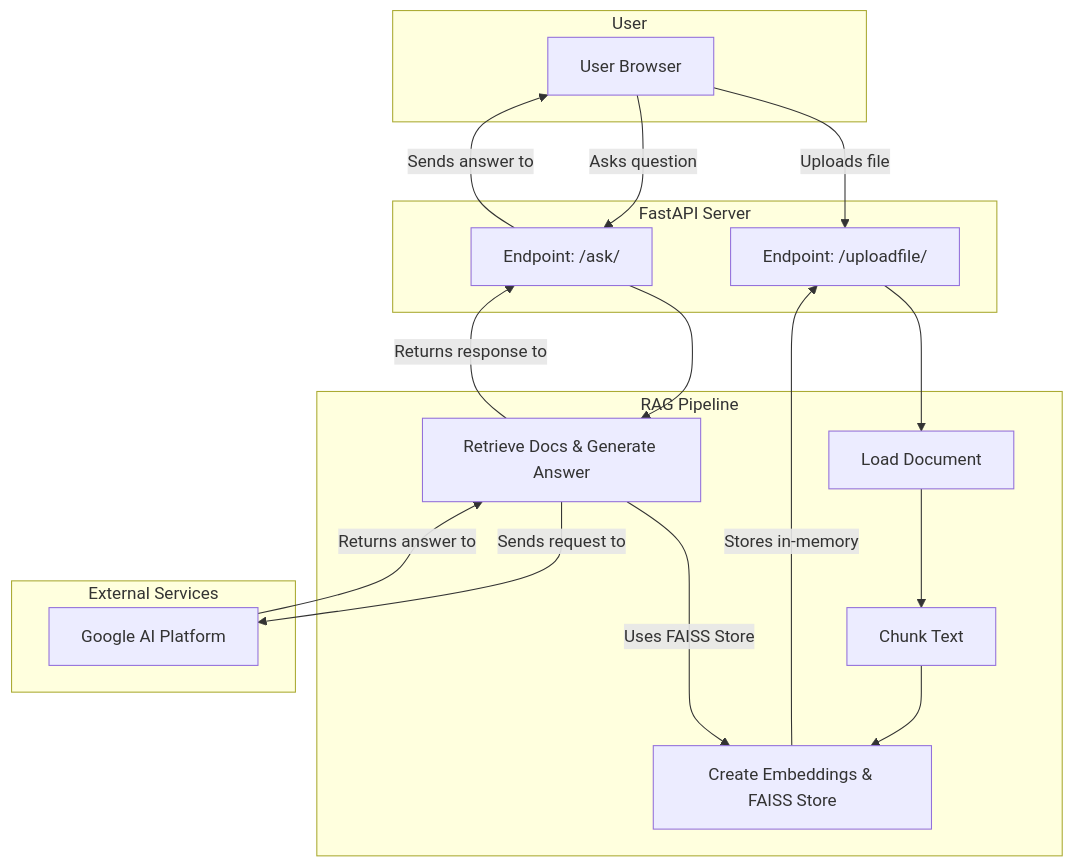
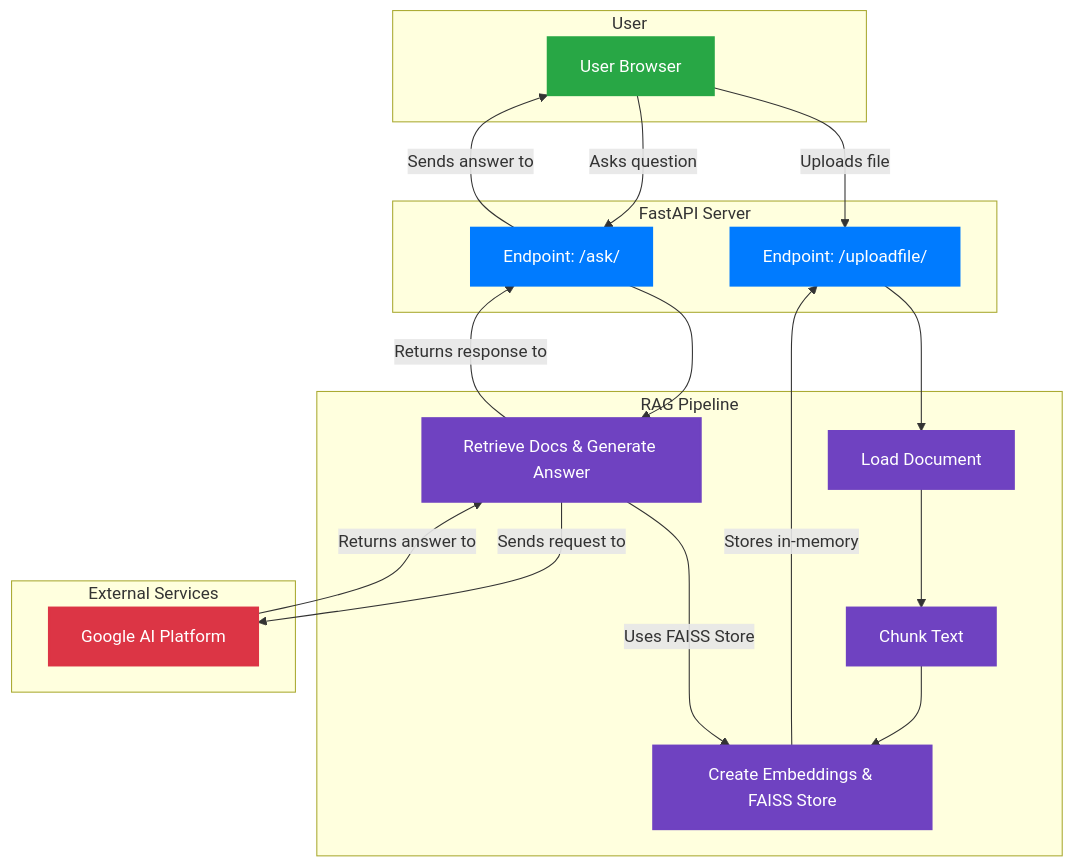
The first of 2 diagrams in doc-talk/memory_bank/architecture.md (hemant99911/doc-talk), drawn with Mermaid before and after one commit. The commit also changed other lines of this file and 2 other files, not shown here.

Commit message:
docs: Remove blog draft from git and add color to diagrams

````diff
--- a/doc-talk/memory_bank/architecture.md
+++ b/doc-talk/memory_bank/architecture.md
@@ -9,37 +9,43 @@
 ```mermaid
 graph TD
+    %% Define styles
+    classDef user fill:#28a745,color:#fff,stroke:#28a745,stroke-width:2px;
+    classDef server fill:#007bff,color:#fff,stroke:#007bff,stroke-width:2px;
+    classDef pipeline fill:#6f42c1,color:#fff,stroke:#6f42c1,stroke-width:2px;
+    classDef external fill:#dc3545,color:#fff,stroke:#dc3545,stroke-width:2px;
+
     subgraph User
-        A[User Browser]
+        A[User Browser]:::user
     end
 
     subgraph FastAPI Server
-        B[Endpoint: /uploadfile/]
-        C[Endpoint: /ask/]
+        B[Endpoint: /uploadfile/]:::server
+        C[Endpoint: /ask/]:::server
     end
 
     subgraph RAG Pipeline
-        D[Load Document]
-        E[Chunk Text]
-        F[Create Embeddings & FAISS Store]
-        G[Retrieve Docs & Generate Answer]
+        D[Load Document]:::pipeline
+        E[Chunk Text]:::pipeline
+        F[Create Embeddings & FAISS Store]:::pipeline
+        G[Retrieve Docs & Generate Answer]:::pipeline
     end
 
     subgraph External Services
-        H[Google AI Platform]
+        H[Google AI Platform]:::external
     end
 
     A -- Uploads file --> B
     B --> D
     D --> E
     E --> F
     F -- Stores in-memory --> B
 
     A -- Asks question --> C
     C --> G
     G -- Uses FAISS Store --> F
     G -- Sends request to --> H
     H -- Returns answer to --> G
     G -- Returns response to --> C
     C -- Sends answer to --> A
 
 ```
````
